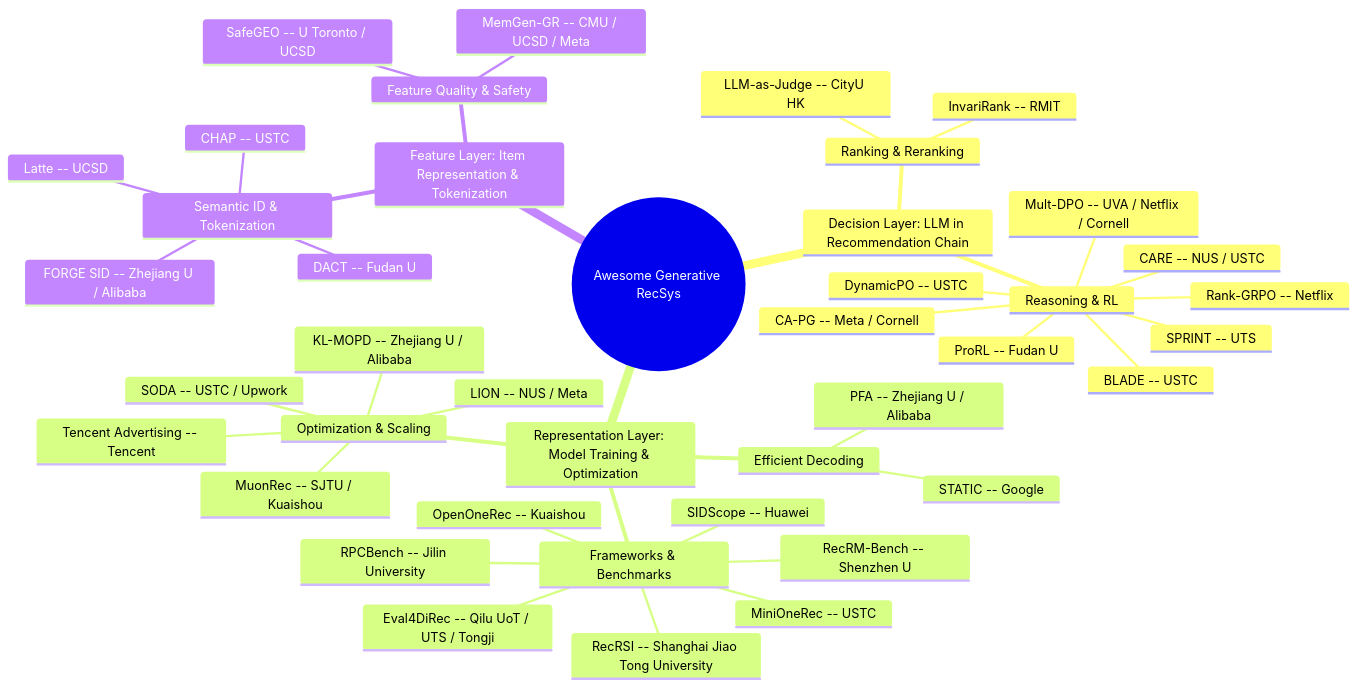
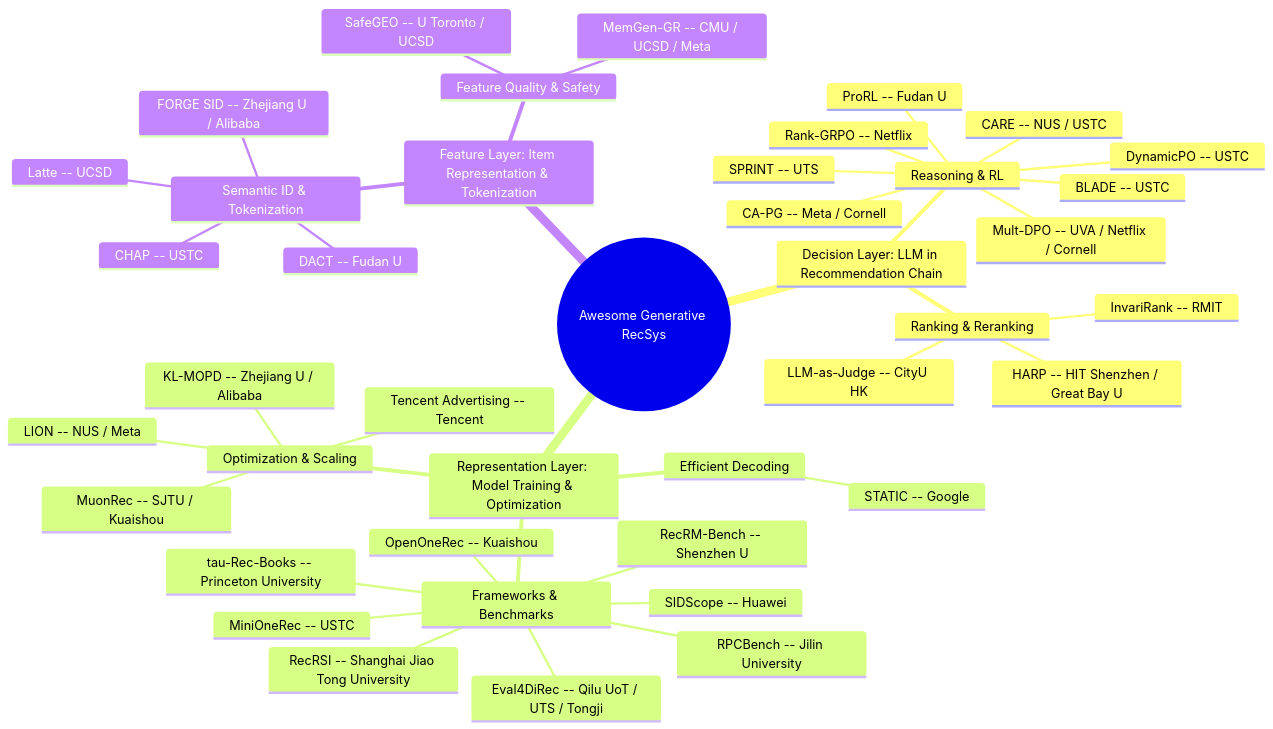
One commit to HaFred/awesome-generative-recsys changed the diagram in README.md. Above: the diagram before and after it, drawn with Mermaid. The commit also changed other lines of this file and 2 other files, not shown here.

````diff
--- a/README.md
+++ b/README.md
@@ -30,44 +30,44 @@
 ```mermaid
 mindmap
   root((Awesome Generative RecSys))
     Decision Layer: LLM in Recommendation Chain
       Reasoning & RL
         Rank-GRPO -- Netflix
         DynamicPO -- USTC
         BLADE -- USTC
         SPRINT -- UTS
         CARE -- NUS / USTC
         Mult-DPO -- UVA / Netflix / Cornell
         CA-PG -- Meta / Cornell
         ProRL -- Fudan U
       Ranking & Reranking
         InvariRank -- RMIT
         LLM-as-Judge -- CityU HK
+        HARP -- HIT Shenzhen / Great Bay U
     Representation Layer: Model Training & Optimization
       Frameworks & Benchmarks
         MiniOneRec -- USTC
         OpenOneRec -- Kuaishou
         RecRM-Bench -- Shenzhen U
         SIDScope -- Huawei
         RPCBench -- Jilin University
         Eval4DiRec -- Qilu UoT / UTS / Tongji
         RecRSI -- Shanghai Jiao Tong University
+        tau-Rec-Books -- Princeton University
       Efficient Decoding
         STATIC -- Google
-        PFA -- Zhejiang U / Alibaba
       Optimization & Scaling
         MuonRec -- SJTU / Kuaishou
         Tencent Advertising -- Tencent
         LION -- NUS / Meta
         KL-MOPD -- Zhejiang U / Alibaba
-        SODA -- USTC / Upwork
     Feature Layer: Item Representation & Tokenization
       Semantic ID & Tokenization
         Latte -- UCSD
         FORGE SID -- Zhejiang U / Alibaba
         DACT -- Fudan U
         CHAP -- USTC
       Feature Quality & Safety
         SafeGEO -- U Toronto / UCSD
         MemGen-GR -- CMU / UCSD / Meta
 ```
````
